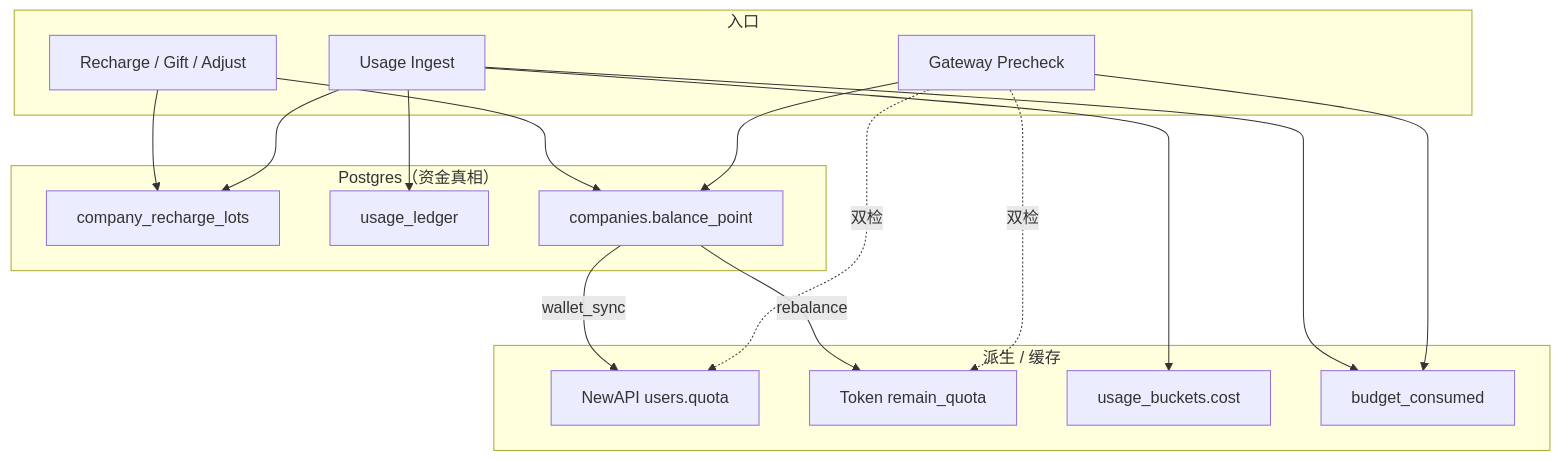
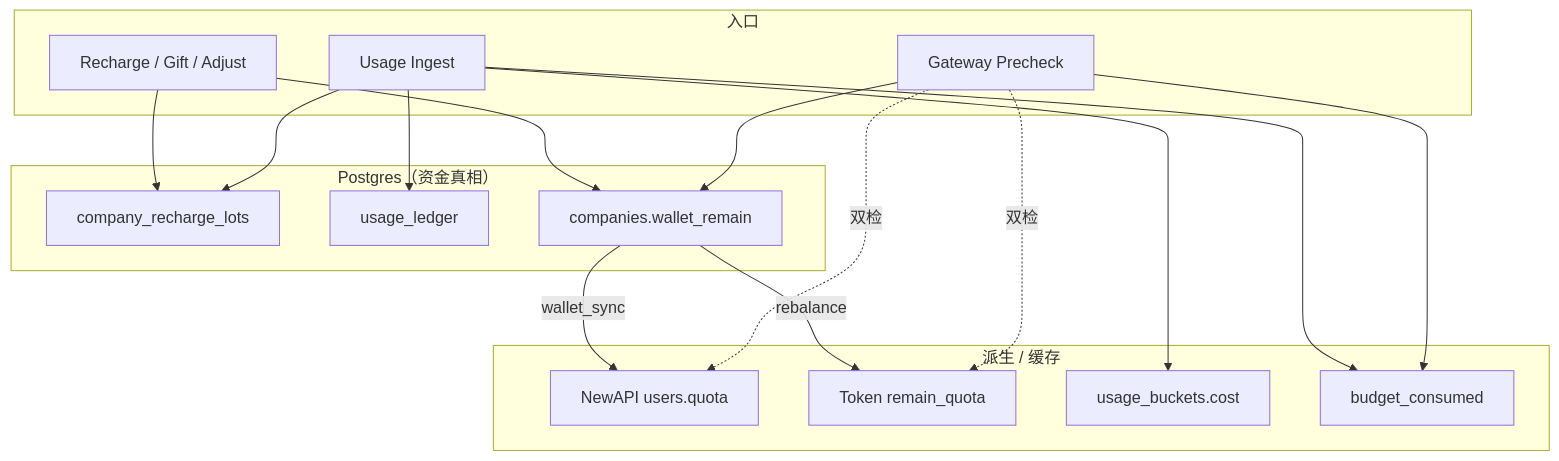
The second of 7 diagrams in docs/Backend-计费模式.md (quyip8818/mytokenjoy), drawn with Mermaid before and after one commit. The commit also changed other lines of this file and 12 other files, not shown here.

````diff
--- a/docs/Backend-计费模式.md
+++ b/docs/Backend-计费模式.md
@@ -87,34 +89,34 @@
 ```mermaid
 flowchart TB
     subgraph SSOT["Postgres（资金真相）"]
         LOT[company_recharge_lots]
         LED[usage_ledger]
-        BP[companies.balance_point]
+        BP[companies.wallet_remain]
     end
 
     subgraph Derived["派生 / 缓存"]
         NA[NewAPI users.quota]
         TK[Token remain_quota]
         BK[usage_buckets.cost]
         SN[budget_consumed]
     end
 
     subgraph Entry["入口"]
         GW[Gateway Precheck]
         ING[Usage Ingest]
         RCH[Recharge / Gift / Adjust]
     end
 
     RCH --> LOT
     RCH --> BP
     ING --> LOT
     ING --> LED
     ING --> SN
     ING --> BK
     BP -->|wallet_sync| NA
     BP -->|rebalance| TK
     GW --> BP
     GW --> SN
     GW -.->|双检| NA
     GW -.->|双检| TK
 ```
````
